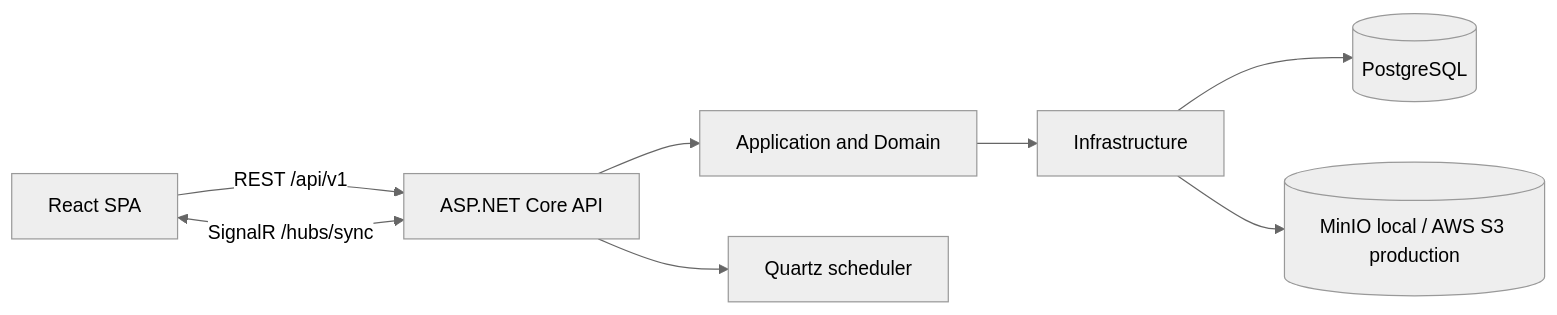
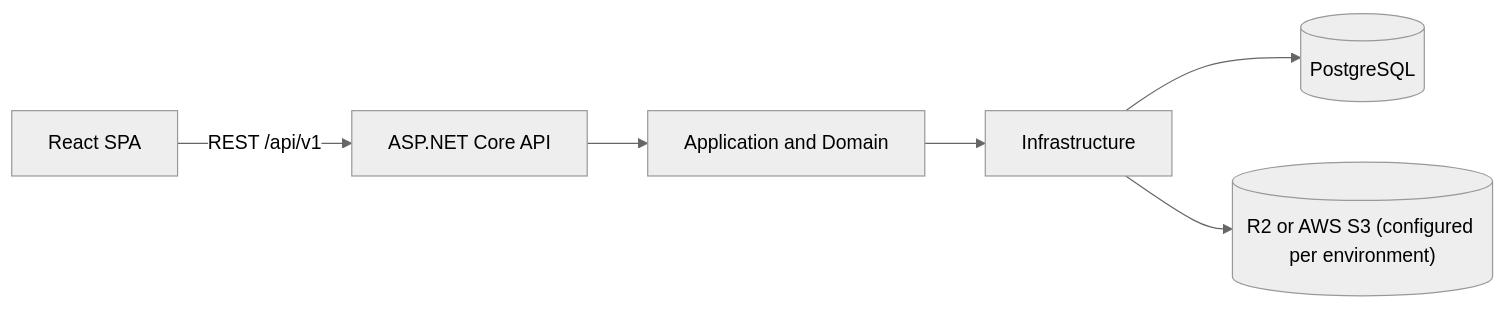
The diagram in README.md (imHoangAnh/FluentA), drawn with Mermaid (neutral theme) before and after one commit. The commit also changed other lines of this file and 35 other files, not shown here.

````diff
--- a/README.md
+++ b/README.md
@@ -39,10 +35,8 @@
 ```mermaid
 flowchart LR
     UI["React SPA"] -->|"REST /api/v1"| API["ASP.NET Core API"]
-    UI <-->|"SignalR /hubs/sync"| API
     API --> APP["Application and Domain"]
     APP --> INFRA["Infrastructure"]
     INFRA --> PG[("PostgreSQL")]
-    INFRA --> OBJECTS[("MinIO local / AWS S3 production")]
-    API --> JOBS["Quartz scheduler"]
+    INFRA --> OBJECTS[("R2 or AWS S3 (configured per environment)")]
 ```
````
